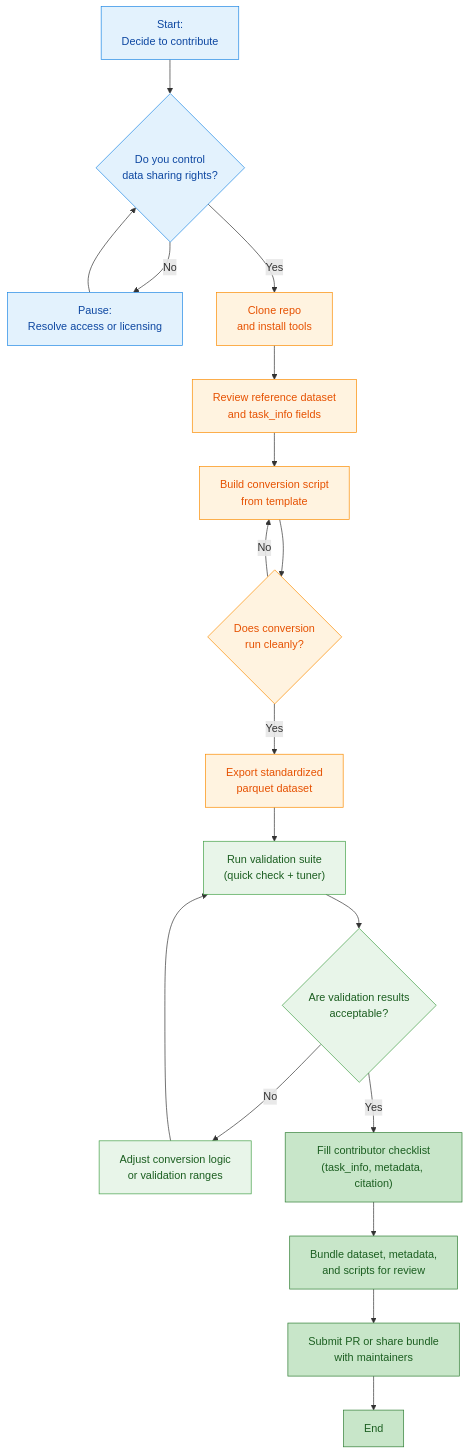
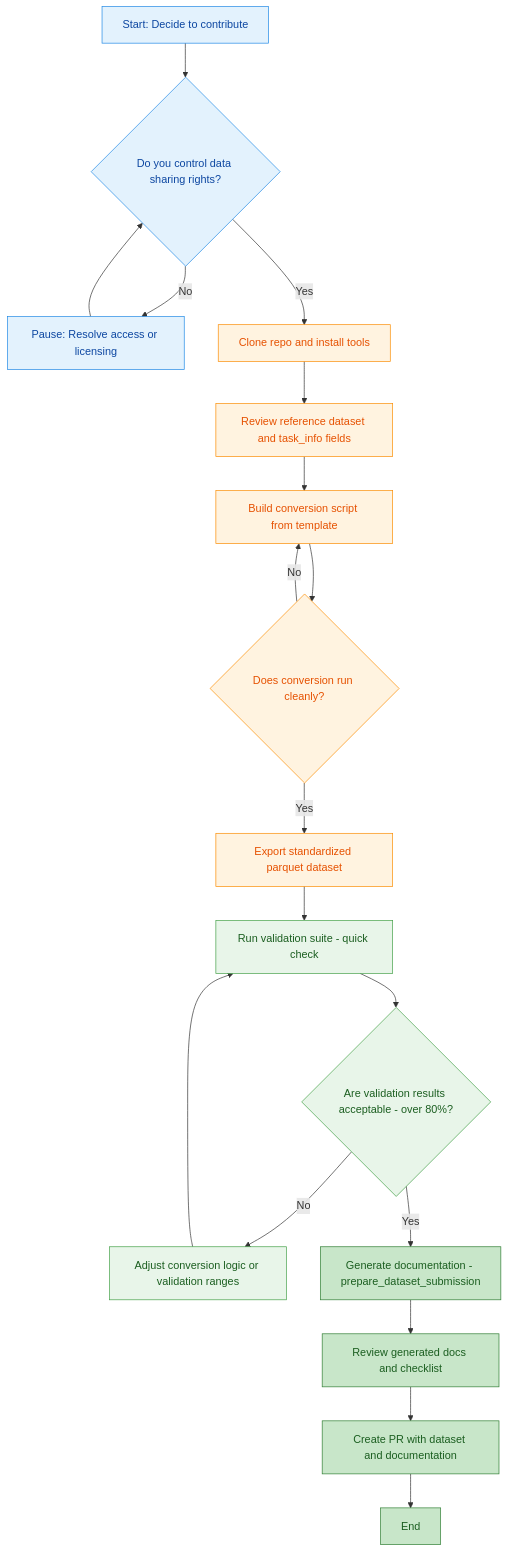
The second of 4 diagrams in docs/contributing/index.md (jmontp/LocoHub), drawn with Mermaid before and after one commit. The commit also changed other lines of this file and 10 other files, not shown here.

````diff
--- a/docs/contributing/index.md
+++ b/docs/contributing/index.md
@@ -13,40 +29,40 @@
 ```mermaid
 graph TD
-    A["Start:<br/>Decide to contribute"] --> B{"Do you control<br/>data sharing rights?"}
-    B -->|No| Z["Pause:<br/>Resolve access or licensing"]
+    A[Start: Decide to contribute] --> B{Do you control data sharing rights?}
+    B -->|No| Z[Pause: Resolve access or licensing]
     Z --> B
-    B -->|Yes| C["Clone repo<br/>and install tools"]
-    C --> D["Review reference dataset<br/>and task_info fields"]
-    D --> E["Build conversion script<br/>from template"]
-    E --> F{"Does conversion<br/>run cleanly?"}
+    B -->|Yes| C[Clone repo and install tools]
+    C --> D[Review reference dataset and task_info fields]
+    D --> E[Build conversion script from template]
+    E --> F{Does conversion run cleanly?}
     F -->|No| E
-    F -->|Yes| G["Export standardized<br/>parquet dataset"]
-    G --> H["Run validation suite<br/>(quick check + tuner)"]
-    H --> I{"Are validation results<br/>acceptable?"}
-    I -->|No| J["Adjust conversion logic<br/>or validation ranges"]
+    F -->|Yes| G[Export standardized parquet dataset]
+    G --> H[Run validation suite - quick check]
+    H --> I{Are validation results acceptable - over 80%?}
+    I -->|No| J[Adjust conversion logic or validation ranges]
     J --> H
-    I -->|Yes| K["Fill contributor checklist<br/>(task_info, metadata, citation)"]
-    K --> L["Bundle dataset, metadata,<br/>and scripts for review"]
-    L --> M["Submit PR or share bundle<br/>with maintainers"]
-    M --> N["End"]
+    I -->|Yes| K[Generate documentation - prepare_dataset_submission]
+    K --> L[Review generated docs and checklist]
+    L --> M[Create PR with dataset and documentation]
+    M --> N[End]
 
     classDef intake fill:#e3f2fd,stroke:#1e88e5,color:#0d47a1
     classDef standard fill:#fff3e0,stroke:#fb8c00,color:#e65100
     classDef qa fill:#e8f5e9,stroke:#43a047,color:#1b5e20
     classDef share fill:#c8e6c9,stroke:#2e7d32,color:#1b5e20
 
     class A,B,Z intake
     class C,D,E,F,G standard
     class H,I,J qa
     class K,L,M,N share
 
     click C "https://github.com/jmontp/LocoHub" "Open the LocoHub repository" _blank
     click D "#step-1-convert-to-a-table" "Conversion quickstart"
     click E "#pattern-a-folder-based" "Conversion patterns"
     click G "#step-2-validate-pythoncli" "Validation workflow"
-    click H "tool_tutorials/#quick_validation_checkpy-fast-quality-scan" "Run the quick validation check"
-    click J "tool_tutorials/#interactive_validation_tunerpy-visual-range-editing" "Tune validation ranges visually"
-    click K "#submission-checklist" "Contribution checklist"
-    click L "#package-to-share" "Packaging guidance"
+    click H "#quick-validation-check" "Run the quick validation check"
+    click J "#interactive-tuner" "Tune validation ranges visually"
+    click K "#step-3-generate-documentation" "Generate documentation"
+    click L "#ready-to-submit" "Review submission checklist"
     click M "https://github.com/jmontp/LocoHub/pulls" "Open pull requests on GitHub" _blank
 ```
````
